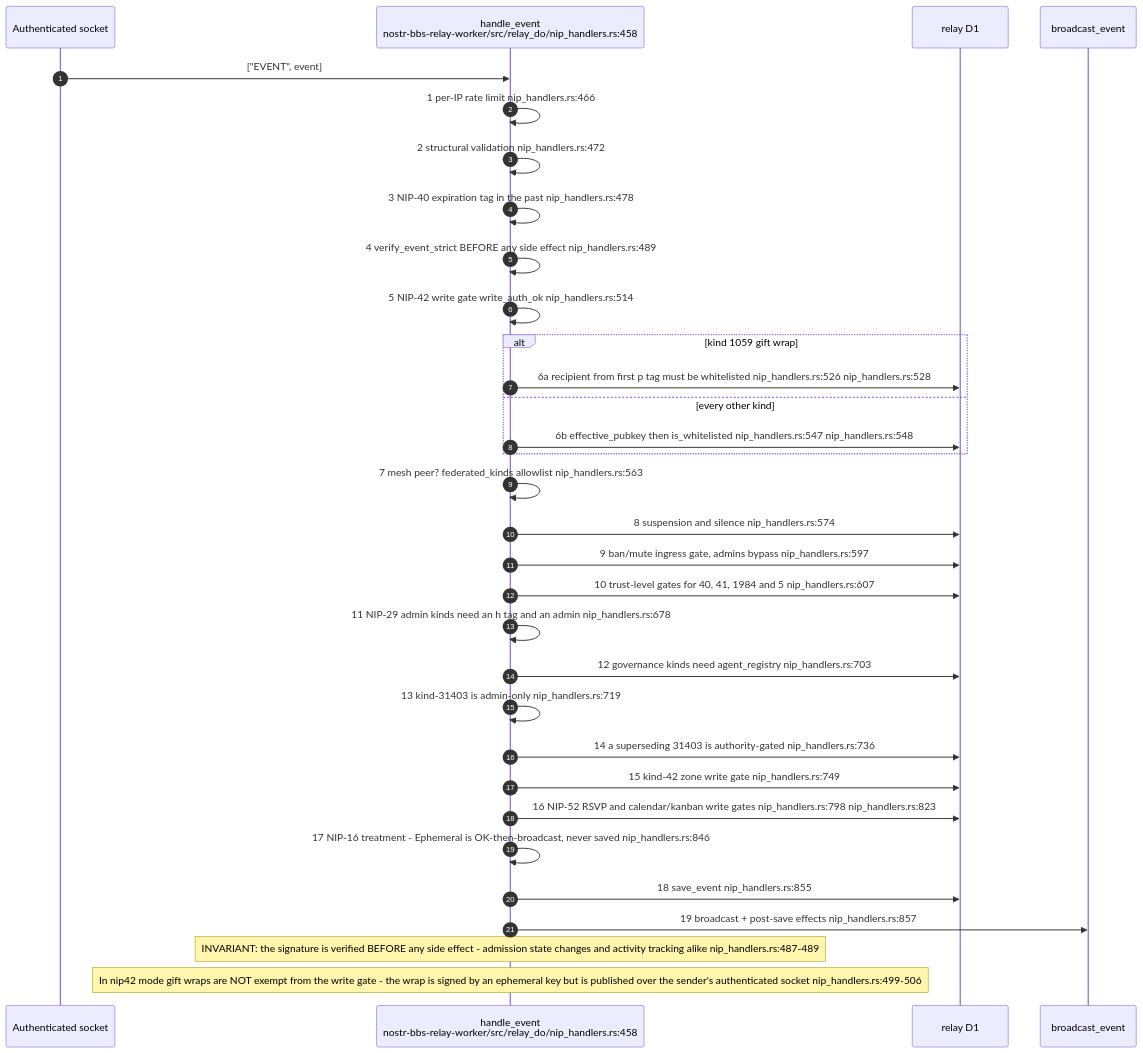
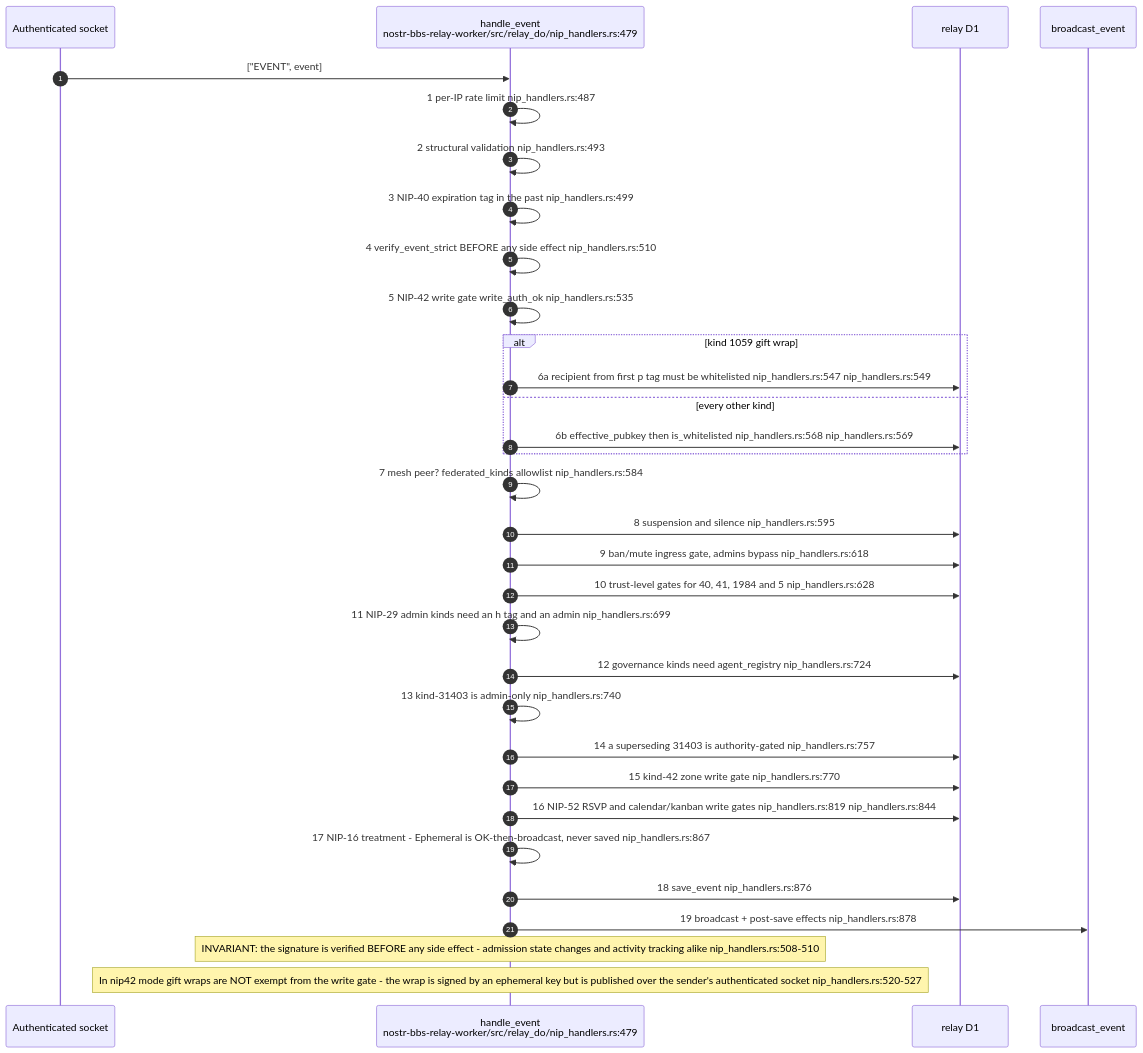
Before and after one commit to DreamLab-AI/VisionFlow: the fourth of 13 diagrams in docs/diagrams/nostr-rust-forum/03-relay-worker-admission-auth-and-trust.md, drawn with Mermaid. The commit also changed other lines of this file and 51 other files, not shown here.

First line of the commit message:
docs(diagrams): agentbox AB-01..13 re-attested anchor by anchor (980 anchors, 22 defects); checkpoint against an out-of-mesh writer

````diff
--- a/docs/diagrams/nostr-rust-forum/03-relay-worker-admission-auth-and-trust.md
+++ b/docs/diagrams/nostr-rust-forum/03-relay-worker-admission-auth-and-trust.md
@@ -105,36 +105,36 @@
 ```mermaid
 sequenceDiagram
     autonumber
     participant C as Authenticated socket
-    participant H as handle_event<br/>nostr-bbs-relay-worker/src/relay_do/nip_handlers.rs:458
+    participant H as handle_event<br/>nostr-bbs-relay-worker/src/relay_do/nip_handlers.rs:479
     participant D1 as relay D1
     participant B as broadcast_event
 
     C->>H: ["EVENT", event]
-    H->>H: 1 per-IP rate limit nip_handlers.rs:466
-    H->>H: 2 structural validation nip_handlers.rs:472
-    H->>H: 3 NIP-40 expiration tag in the past nip_handlers.rs:478
-    H->>H: 4 verify_event_strict BEFORE any side effect nip_handlers.rs:489
-    H->>H: 5 NIP-42 write gate write_auth_ok nip_handlers.rs:514
+    H->>H: 1 per-IP rate limit nip_handlers.rs:487
+    H->>H: 2 structural validation nip_handlers.rs:493
+    H->>H: 3 NIP-40 expiration tag in the past nip_handlers.rs:499
+    H->>H: 4 verify_event_strict BEFORE any side effect nip_handlers.rs:510
+    H->>H: 5 NIP-42 write gate write_auth_ok nip_handlers.rs:535
     alt kind 1059 gift wrap
-        H->>D1: 6a recipient from first p tag must be whitelisted nip_handlers.rs:526 nip_handlers.rs:528
+        H->>D1: 6a recipient from first p tag must be whitelisted nip_handlers.rs:547 nip_handlers.rs:549
     else every other kind
-        H->>D1: 6b effective_pubkey then is_whitelisted nip_handlers.rs:547 nip_handlers.rs:548
+        H->>D1: 6b effective_pubkey then is_whitelisted nip_handlers.rs:568 nip_handlers.rs:569
     end
-    H->>H: 7 mesh peer? federated_kinds allowlist nip_handlers.rs:563
-    H->>D1: 8 suspension and silence nip_handlers.rs:574
-    H->>D1: 9 ban/mute ingress gate, admins bypass nip_handlers.rs:597
-    H->>D1: 10 trust-level gates for 40, 41, 1984 and 5 nip_handlers.rs:607
-    H->>H: 11 NIP-29 admin kinds need an h tag and an admin nip_handlers.rs:678
-    H->>D1: 12 governance kinds need agent_registry nip_handlers.rs:703
-    H->>H: 13 kind-31403 is admin-only nip_handlers.rs:719
-    H->>D1: 14 a superseding 31403 is authority-gated nip_handlers.rs:736
-    H->>D1: 15 kind-42 zone write gate nip_handlers.rs:749
-    H->>D1: 16 NIP-52 RSVP and calendar/kanban write gates nip_handlers.rs:798 nip_handlers.rs:823
-    H->>H: 17 NIP-16 treatment - Ephemeral is OK-then-broadcast, never saved nip_handlers.rs:846
-    H->>D1: 18 save_event nip_handlers.rs:855
-    H->>B: 19 broadcast + post-save effects nip_handlers.rs:857
+    H->>H: 7 mesh peer? federated_kinds allowlist nip_handlers.rs:584
+    H->>D1: 8 suspension and silence nip_handlers.rs:595
+    H->>D1: 9 ban/mute ingress gate, admins bypass nip_handlers.rs:618
+    H->>D1: 10 trust-level gates for 40, 41, 1984 and 5 nip_handlers.rs:628
+    H->>H: 11 NIP-29 admin kinds need an h tag and an admin nip_handlers.rs:699
+    H->>D1: 12 governance kinds need agent_registry nip_handlers.rs:724
+    H->>H: 13 kind-31403 is admin-only nip_handlers.rs:740
+    H->>D1: 14 a superseding 31403 is authority-gated nip_handlers.rs:757
+    H->>D1: 15 kind-42 zone write gate nip_handlers.rs:770
+    H->>D1: 16 NIP-52 RSVP and calendar/kanban write gates nip_handlers.rs:819 nip_handlers.rs:844
+    H->>H: 17 NIP-16 treatment - Ephemeral is OK-then-broadcast, never saved nip_handlers.rs:867
+    H->>D1: 18 save_event nip_handlers.rs:876
+    H->>B: 19 broadcast + post-save effects nip_handlers.rs:878
 
-    Note over H: INVARIANT: the signature is verified BEFORE any side effect - admission state changes and activity tracking alike nip_handlers.rs:487-489
-    Note over H: In nip42 mode gift wraps are NOT exempt from the write gate - the wrap is signed by an ephemeral key but is published over the sender's authenticated socket nip_handlers.rs:499-506
+    Note over H: INVARIANT: the signature is verified BEFORE any side effect - admission state changes and activity tracking alike nip_handlers.rs:508-510
+    Note over H: In nip42 mode gift wraps are NOT exempt from the write gate - the wrap is signed by an ephemeral key but is published over the sender's authenticated socket nip_handlers.rs:520-527
 ```
````
